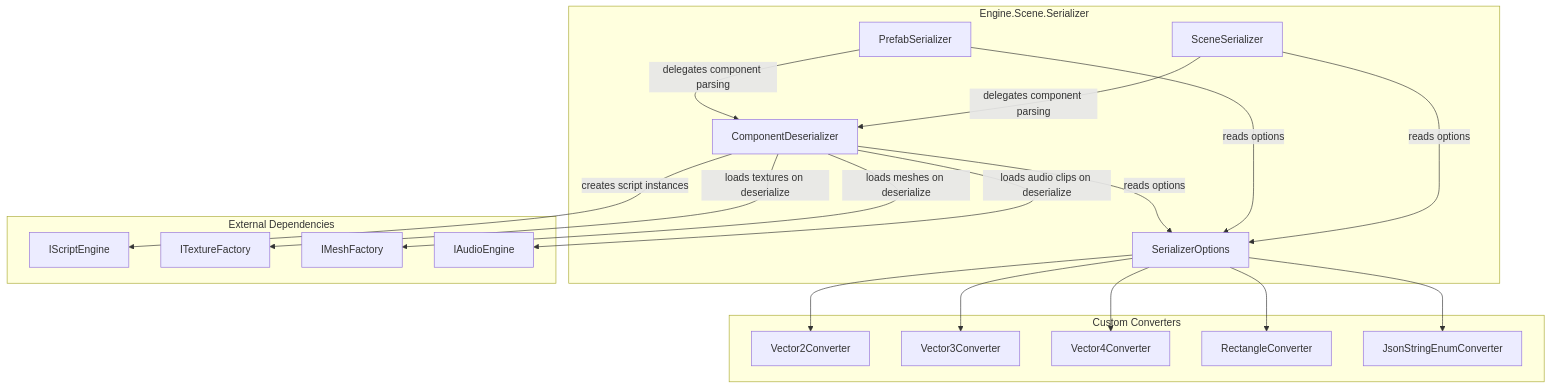
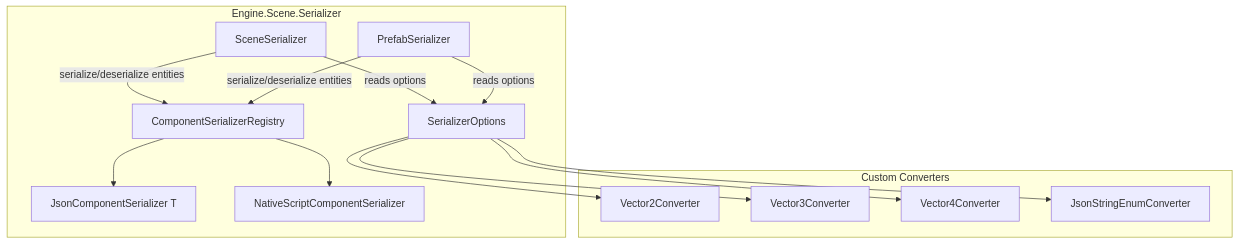
Before and after one commit to kateusz/GameEngine: the first of 2 diagrams in docs/architecture/serialization.md, drawn with Mermaid. The commit also changed other lines of this file and 25 other files, not shown here.

````diff
--- a/docs/architecture/serialization.md
+++ b/docs/architecture/serialization.md
@@ -7,39 +7,29 @@
 ```mermaid
 graph TD
     subgraph "Engine.Scene.Serializer"
         SS[SceneSerializer]
         PS[PrefabSerializer]
-        CD[ComponentDeserializer]
+        CSR[ComponentSerializerRegistry]
         SO[SerializerOptions]
+        JCS[JsonComponentSerializer T]
+        NSC[NativeScriptComponentSerializer]
     end
 
     subgraph "Custom Converters"
         V2[Vector2Converter]
         V3[Vector3Converter]
         V4[Vector4Converter]
-        RC[RectangleConverter]
         SEC[JsonStringEnumConverter]
     end
 
-    subgraph "External Dependencies"
-        SE[IScriptEngine]
-        TF[ITextureFactory]
-        MF[IMeshFactory]
-        AE[IAudioEngine]
-    end
-
-    SS -->|delegates component parsing| CD
-    PS -->|delegates component parsing| CD
+    SS -->|serialize/deserialize entities| CSR
+    PS -->|serialize/deserialize entities| CSR
     SS -->|reads options| SO
     PS -->|reads options| SO
-    CD -->|reads options| SO
+    CSR --> JCS
+    CSR --> NSC
     SO --> V2
     SO --> V3
     SO --> V4
-    SO --> RC
     SO --> SEC
-    CD -->|creates script instances| SE
-    CD -->|loads textures on deserialize| TF
-    CD -->|loads meshes on deserialize| MF
-    CD -->|loads audio clips on deserialize| AE
 ```
````
